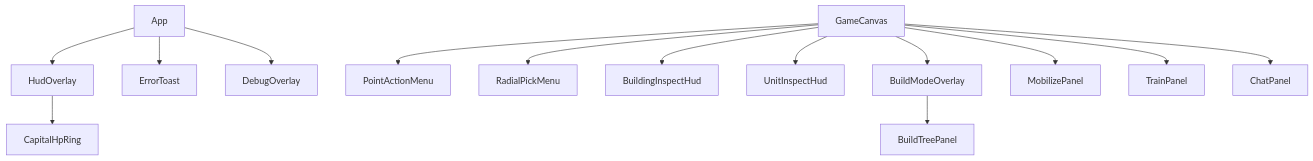
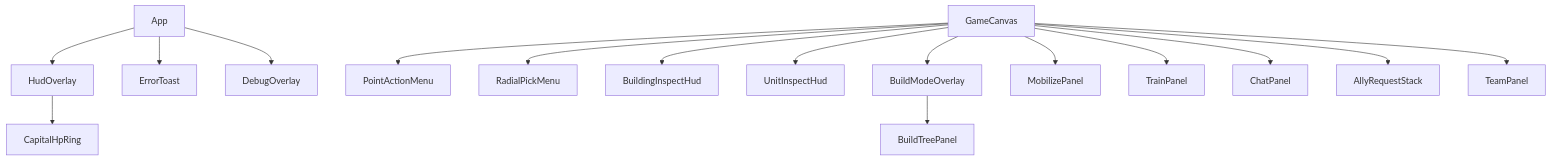
One commit to CubicEi/WarOnPaper changed the diagram in docs/client/ui-components.md. Above: the diagram before and after it, drawn with Mermaid. The commit also changed other lines of this file and 90 other files, not shown here.

````diff
--- a/docs/client/ui-components.md
+++ b/docs/client/ui-components.md
@@ -7,16 +7,18 @@
 ```mermaid
 flowchart TB
   App --> HudOverlay
   App --> ErrorToast
   App --> DebugOverlay
   GameCanvas --> PointActionMenu
   GameCanvas --> RadialPickMenu
   GameCanvas --> BuildingInspectHud
   GameCanvas --> UnitInspectHud
   GameCanvas --> BuildModeOverlay
   GameCanvas --> MobilizePanel
   GameCanvas --> TrainPanel
   GameCanvas --> ChatPanel
+  GameCanvas --> AllyRequestStack
+  GameCanvas --> TeamPanel
   BuildModeOverlay --> BuildTreePanel
   HudOverlay --> CapitalHpRing
 ```
````
